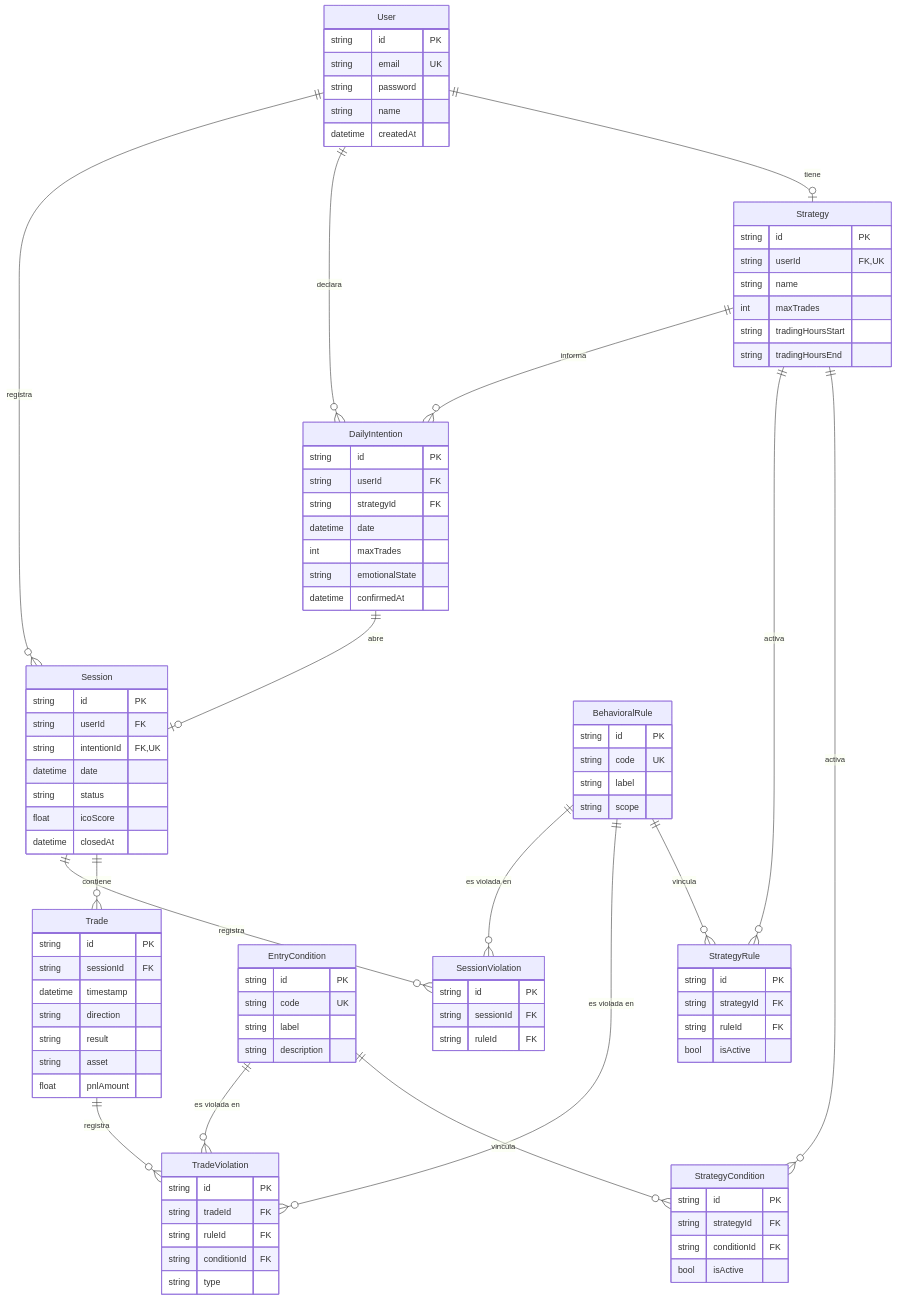
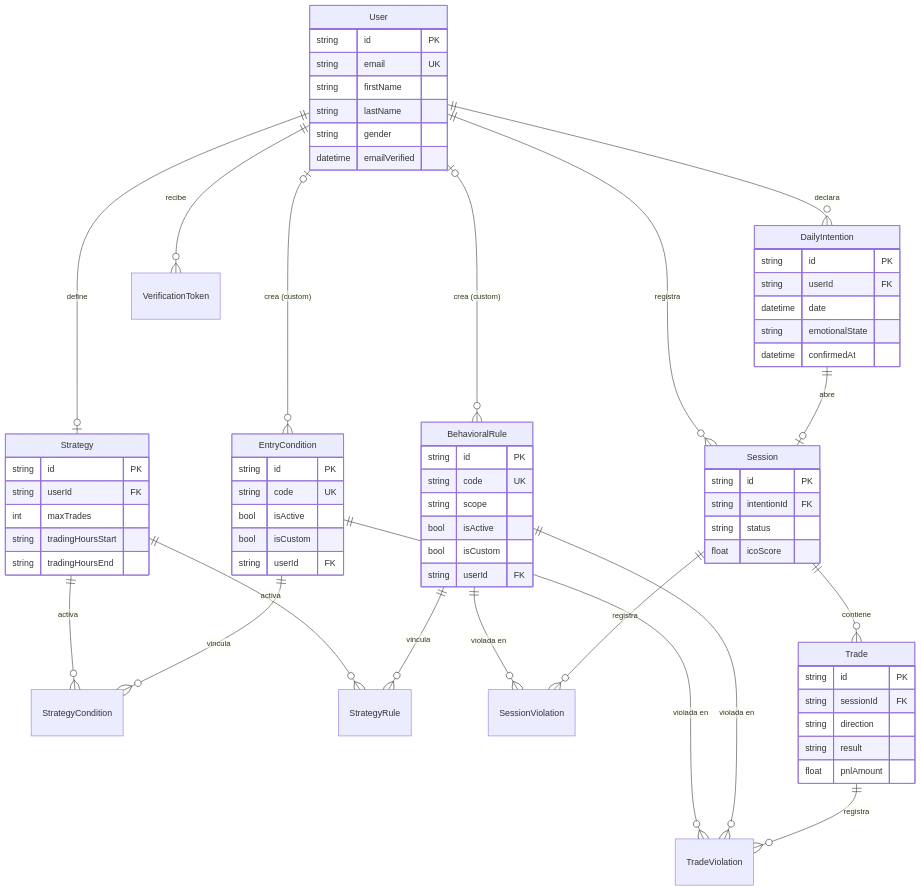
One commit to santifuenma/kosmos changed the third of 3 diagrams in README.md. Above: the diagram before and after it, drawn with Mermaid. The commit also changed other lines of this file, not shown here.

````diff
--- a/README.md
+++ b/README.md
@@ -103,37 +232,37 @@
 ```mermaid
 erDiagram
-  User ||--o| Strategy : "tiene"
+  User ||--o| Strategy : "define"
   User ||--o{ DailyIntention : "declara"
   User ||--o{ Session : "registra"
+  User ||--o{ VerificationToken : "recibe"
+  User |o--o{ EntryCondition : "crea (custom)"
+  User |o--o{ BehavioralRule : "crea (custom)"
 
   Strategy ||--o{ StrategyCondition : "activa"
   Strategy ||--o{ StrategyRule : "activa"
-  Strategy ||--o{ DailyIntention : "informa"
 
   EntryCondition ||--o{ StrategyCondition : "vincula"
-  EntryCondition ||--o{ TradeViolation : "es violada en"
-
+  EntryCondition ||--o{ TradeViolation : "violada en"
   BehavioralRule ||--o{ StrategyRule : "vincula"
-  BehavioralRule ||--o{ TradeViolation : "es violada en"
-  BehavioralRule ||--o{ SessionViolation : "es violada en"
+  BehavioralRule ||--o{ TradeViolation : "violada en"
+  BehavioralRule ||--o{ SessionViolation : "violada en"
 
   DailyIntention ||--o| Session : "abre"
   Session ||--o{ Trade : "contiene"
   Session ||--o{ SessionViolation : "registra"
-
   Trade ||--o{ TradeViolation : "registra"
 
   User {
     string id PK
     string email UK
-    string password
-    string name
-    datetime createdAt
+    string firstName
+    string lastName
+    string gender
+    datetime emailVerified
   }
   Strategy {
     string id PK
-    string userId FK,UK
-    string name
+    string userId FK
     int maxTrades
     string tradingHoursStart
     string tradingHoursEnd
@@ -141,64 +270,36 @@
   EntryCondition {
     string id PK
     string code UK
-    string label
-    string description
+    bool isActive
+    bool isCustom
+    string userId FK
   }
   BehavioralRule {
     string id PK
     string code UK
-    string label
     string scope
-  }
-  StrategyCondition {
-    string id PK
-    string strategyId FK
-    string conditionId FK
     bool isActive
-  }
-  StrategyRule {
-    string id PK
-    string strategyId FK
-    string ruleId FK
-    bool isActive
+    bool isCustom
+    string userId FK
   }
   DailyIntention {
     string id PK
     string userId FK
-    string strategyId FK
     datetime date
-    int maxTrades
     string emotionalState
     datetime confirmedAt
   }
   Session {
     string id PK
-    string userId FK
-    string intentionId FK,UK
-    datetime date
+    string intentionId FK
     string status
     float icoScore
-    datetime closedAt
   }
   Trade {
     string id PK
     string sessionId FK
-    datetime timestamp
     string direction
     string result
-    string asset
     float pnlAmount
   }
-  TradeViolation {
-    string id PK
-    string tradeId FK
-    string ruleId FK
-    string conditionId FK
-    string type
-  }
-  SessionViolation {
-    string id PK
-    string sessionId FK
-    string ruleId FK
-  }
 ```
````
